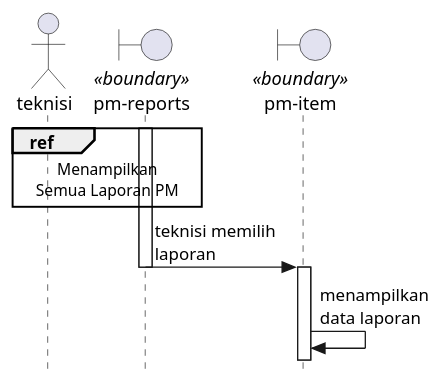
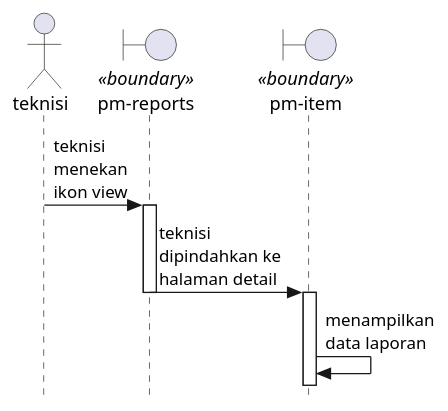
The second of 4 diagrams in Docs/diagrams/sequence/PmReport.plantuml (KPL-slur/eec-sifse-fixed), drawn with PlantUML before and after one commit. The commit also changed other lines of this file and 19 other files, not shown here.

```diff
--- a/Docs/diagrams/sequence/PmReport.plantuml
+++ b/Docs/diagrams/sequence/PmReport.plantuml
@@ -59,17 +58,16 @@
 @startuml viewPM
 
 skinparam style strictuml
 
 actor teknisi
 boundary "pm-reports" as pm <<boundary>>
 boundary "pm-item" as pmItem <<boundary>>
 
-ref over teknisi, pm : Menampilkan\nSemua Laporan PM
-
-activate pm
-pm -> pmItem : teknisi memilih\nlaporan
+teknisi -> pm : teknisi\nmenekan\nikon view
+    activate pm
+pm -> pmItem : teknisi\ndipindahkan ke\nhalaman detail
     deactivate pm
     activate pmItem
 pmItem -> pmItem : menampilkan\ndata laporan
 
 @enduml
```
